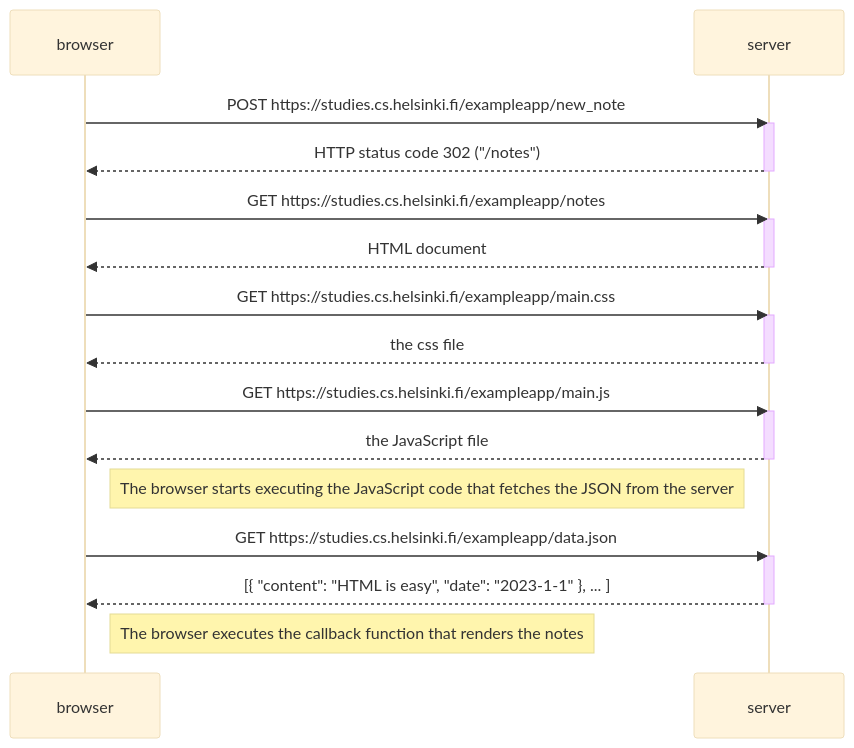
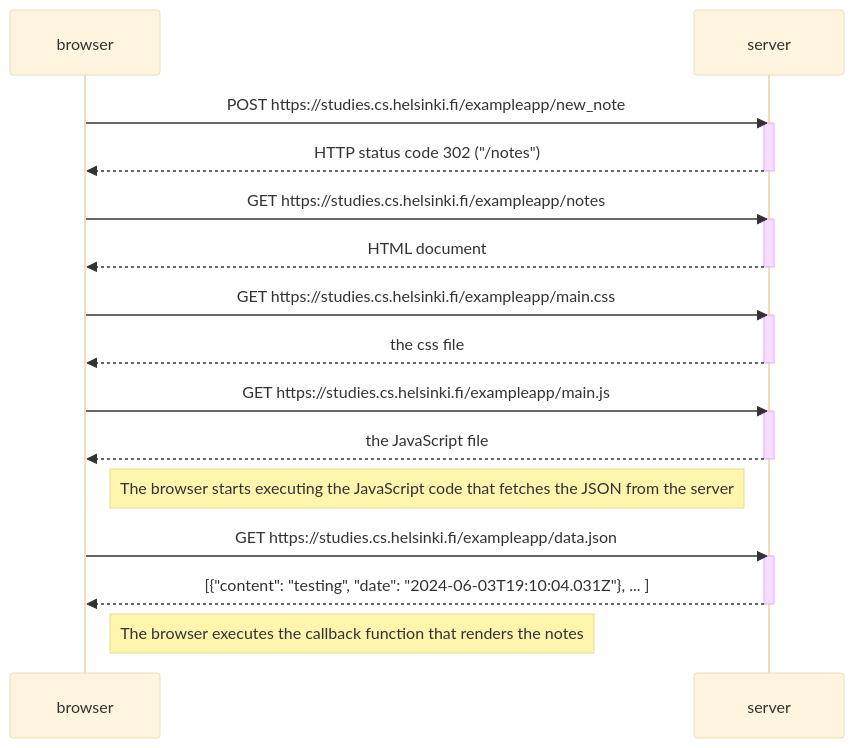
The diagram in part0/0.4/new-note-workflow.md (shojib116/fullstack-open), drawn with Mermaid (base theme) before and after one commit.

Commit message:
Updated json content

````diff
--- a/part0/0.4/new-note-workflow.md
+++ b/part0/0.4/new-note-workflow.md
@@ -1,34 +1,34 @@
 ```mermaid
 sequenceDiagram
 participant browser
 participant server
 
     browser->>server: POST https://studies.cs.helsinki.fi/exampleapp/new_note
     activate server
     server-->>browser: HTTP status code 302 ("/notes")
     deactivate server
 
     browser->>server: GET https://studies.cs.helsinki.fi/exampleapp/notes
     activate server
     server-->>browser: HTML document
     deactivate server
 
     browser->>server: GET https://studies.cs.helsinki.fi/exampleapp/main.css
     activate server
     server-->>browser: the css file
     deactivate server
 
     browser->>server: GET https://studies.cs.helsinki.fi/exampleapp/main.js
     activate server
     server-->>browser: the JavaScript file
     deactivate server
 
     Note right of browser: The browser starts executing the JavaScript code that fetches the JSON from the server
 
     browser->>server: GET https://studies.cs.helsinki.fi/exampleapp/data.json
     activate server
-    server-->>browser: [{ "content": "HTML is easy", "date": "2023-1-1" }, ... ]
+    server-->>browser: [{"content": "testing", "date": "2024-06-03T19:10:04.031Z"}, ... ]
     deactivate server
 
     Note right of browser: The browser executes the callback function that renders the notes
 ```
````
